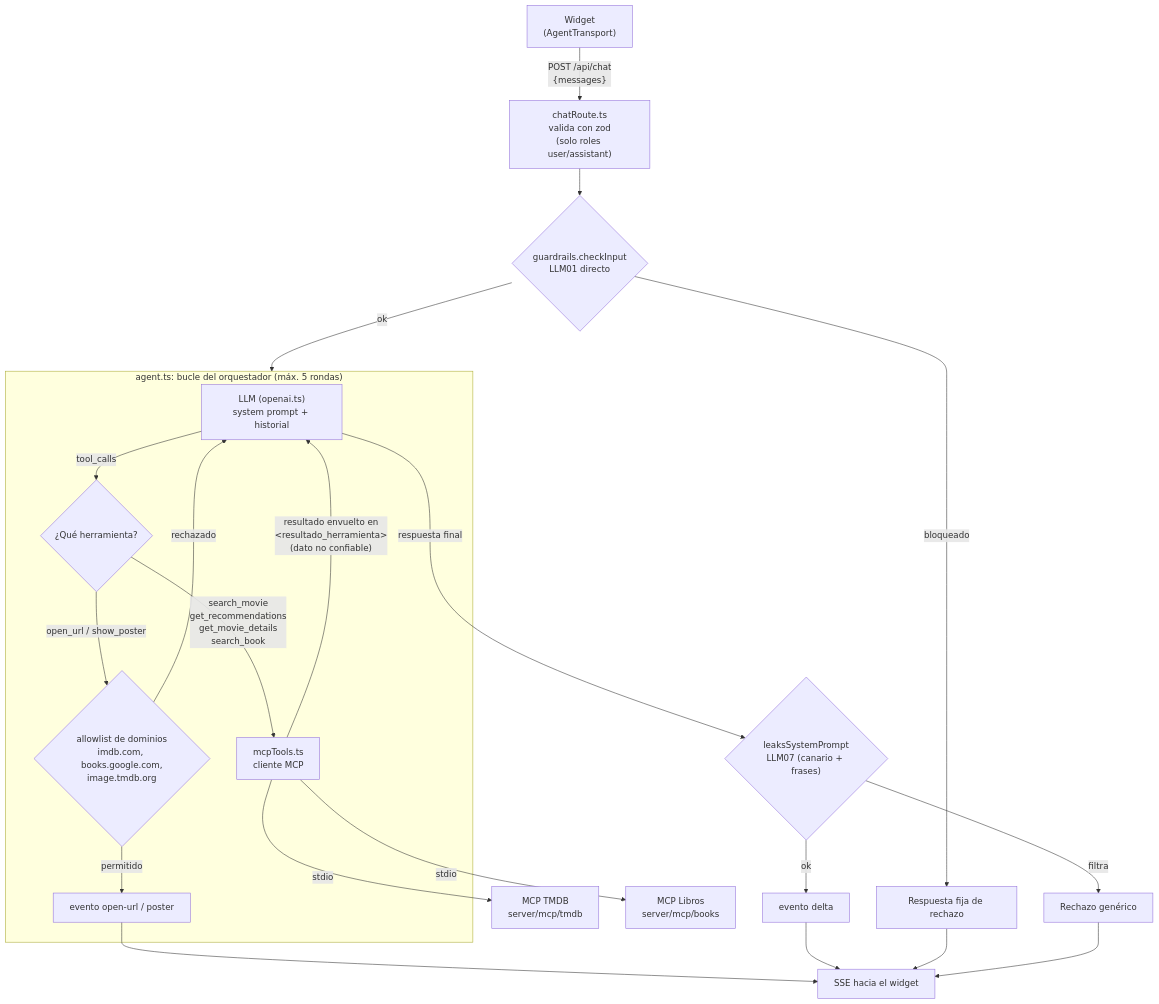
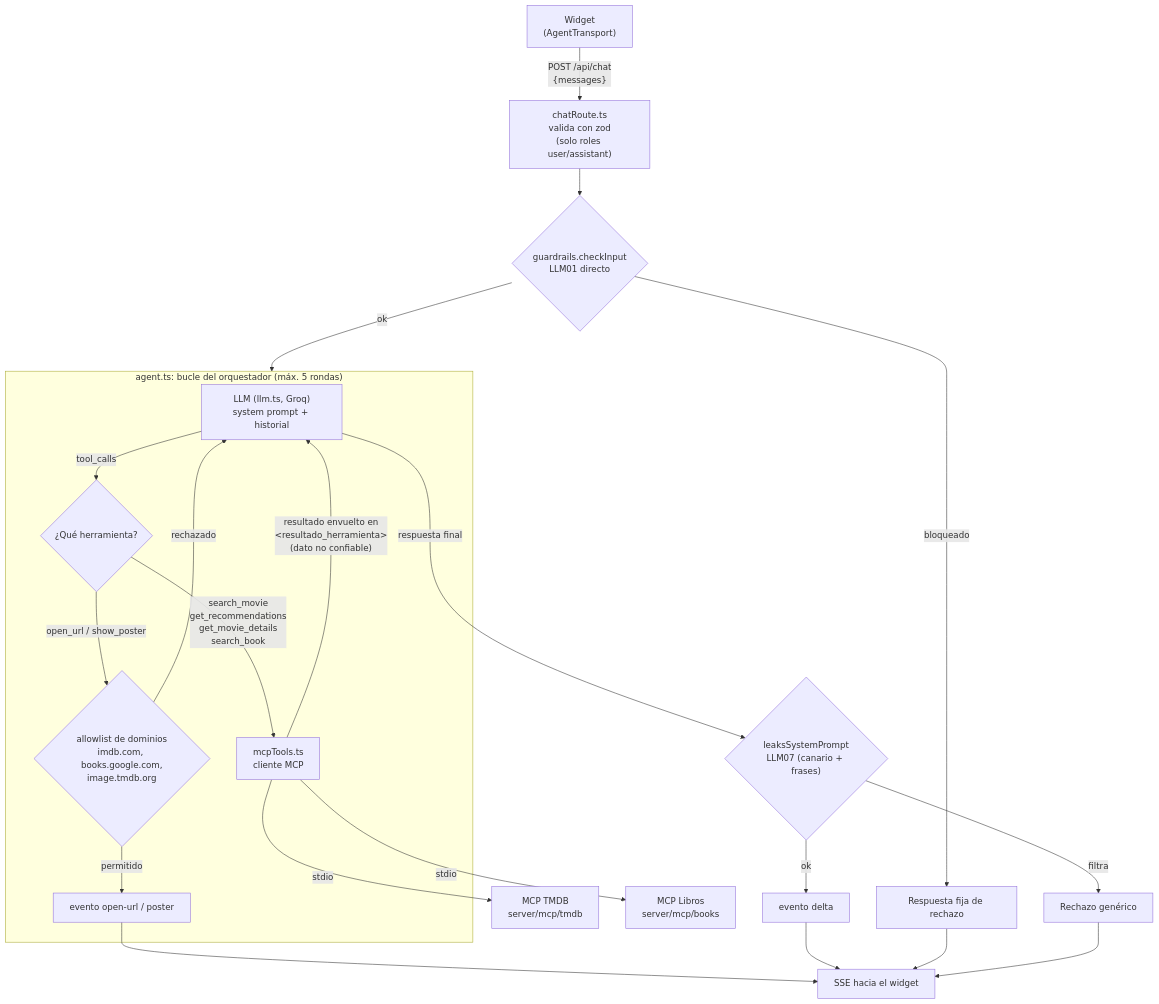
One commit to her24770/ai_engineering-proyecto-1 changed the diagram in docs/AGENTE.md. Above: the diagram before and after it, drawn with Mermaid. The commit also changed other lines of this file and 15 other files, not shown here.

First line of the commit message:
refactor(agent): usar variables LLM_* con Groq por defecto y reintentos

````diff
--- a/docs/AGENTE.md
+++ b/docs/AGENTE.md
@@ -17,28 +17,28 @@
 ```mermaid
 flowchart TD
     Widget["Widget<br/>(AgentTransport)"] -->|"POST /api/chat<br/>{messages}"| Route["chatRoute.ts<br/>valida con zod<br/>(solo roles user/assistant)"]
     Route --> InGuard{"guardrails.checkInput<br/>LLM01 directo"}
     InGuard -->|"bloqueado"| Refusal["Respuesta fija de rechazo"]
     InGuard -->|"ok"| Loop
 
     subgraph Loop["agent.ts: bucle del orquestador (máx. 5 rondas)"]
-        LLM["LLM (openai.ts)<br/>system prompt + historial"] -->|"tool_calls"| Router{"¿Qué herramienta?"}
+        LLM["LLM (llm.ts, Groq)<br/>system prompt + historial"] -->|"tool_calls"| Router{"¿Qué herramienta?"}
         Router -->|"search_movie<br/>get_recommendations<br/>get_movie_details<br/>search_book"| MCP["mcpTools.ts<br/>cliente MCP"]
         MCP -->|"resultado envuelto en<br/>&lt;resultado_herramienta&gt;<br/>(dato no confiable)"| LLM
         Router -->|"open_url / show_poster"| Allow{"allowlist de dominios<br/>imdb.com, books.google.com,<br/>image.tmdb.org"}
         Allow -->|"permitido"| UiEvent["evento open-url / poster"]
         Allow -->|"rechazado"| LLM
     end
 
     MCP -->|stdio| TMDB["MCP TMDB<br/>server/mcp/tmdb"]
     MCP -->|stdio| Books["MCP Libros<br/>server/mcp/books"]
 
     LLM -->|"respuesta final"| OutGuard{"leaksSystemPrompt<br/>LLM07 (canario + frases)"}
     OutGuard -->|"filtra"| LeakRefusal["Rechazo genérico"]
     OutGuard -->|"ok"| Delta["evento delta"]
 
     UiEvent --> SSE["SSE hacia el widget"]
     Delta --> SSE
     Refusal --> SSE
     LeakRefusal --> SSE
 ```
````
